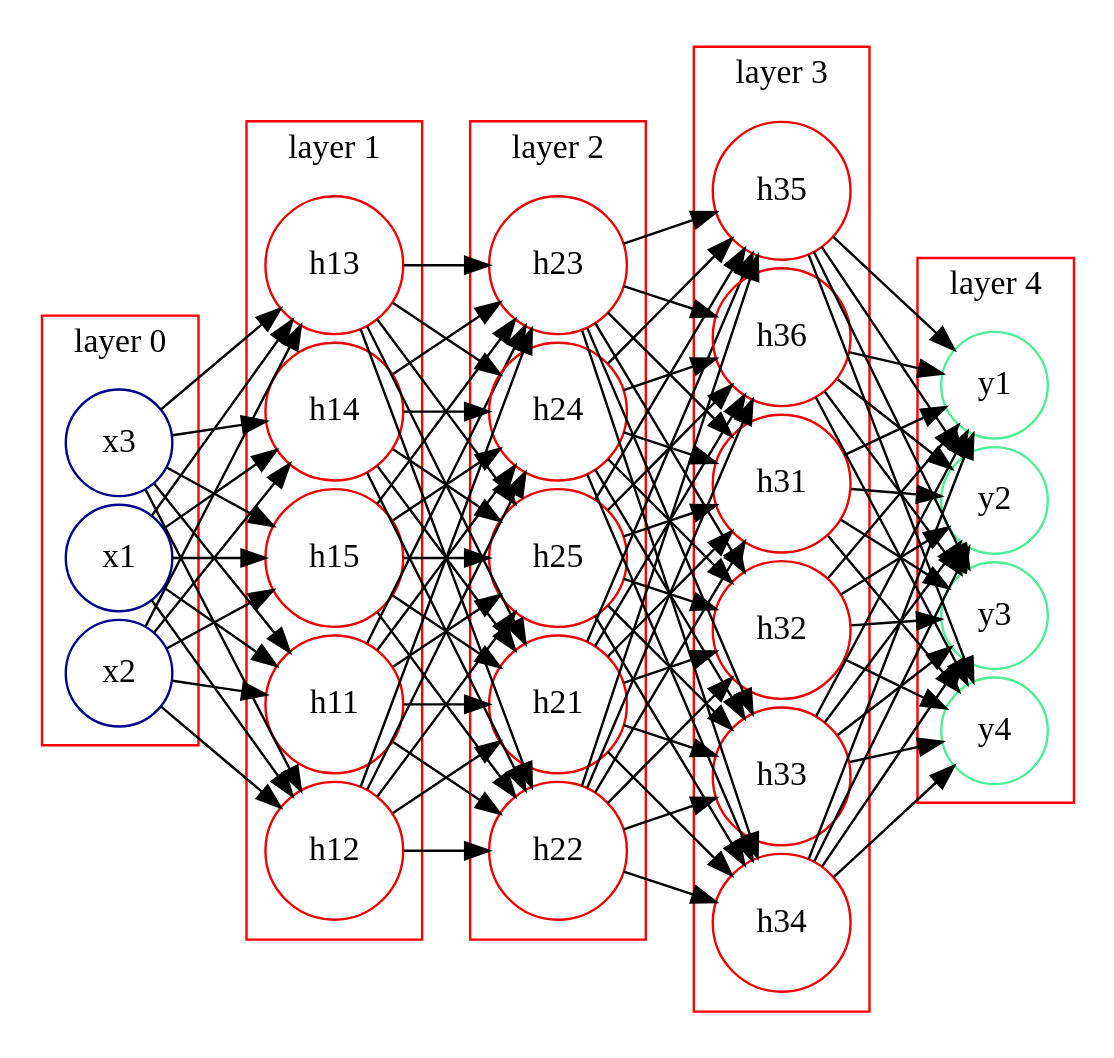
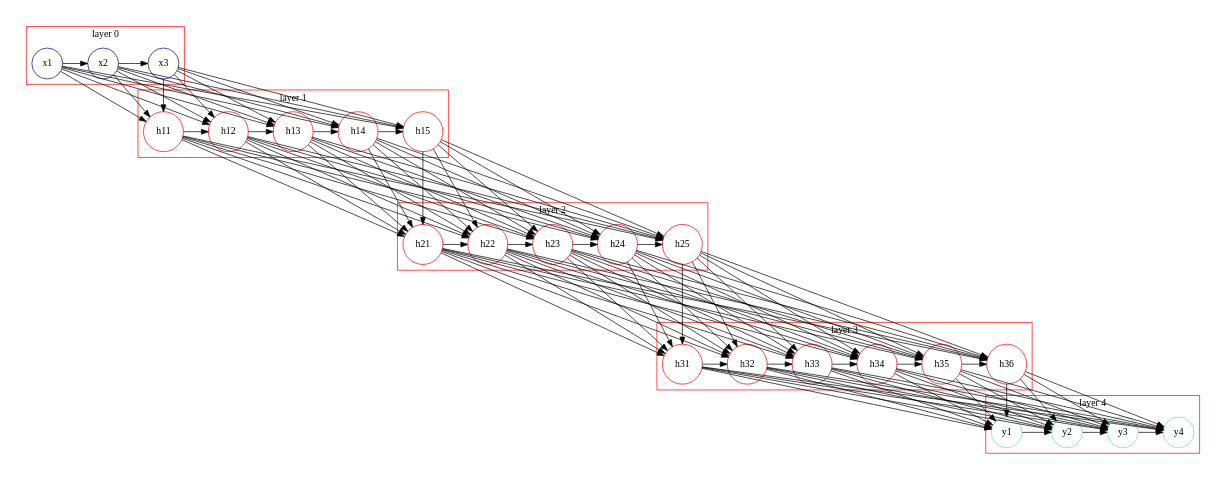
Before and after one commit to knudvaneeden/graphviz: the diagram in ddd.dot, drawn with Graphviz.

Commit message:
Last commit: 19/02/2018 19:49:30

```diff
--- a/ddd.dot
+++ b/ddd.dot
@@ -1,161 +1,156 @@
 digraph G {
  size = "7,7";
  rankdir=LR
  splines=line
  nodesep=.05;
  //
  // node [label=""];
  //
  subgraph cluster_0 {
         color=red;
         node [color=blue4, shape=circle];
-        ordering=out;
-        x1 x2 x3;
+        x1 -> x2 -> x3;
         label = "layer 0";
  }
 
  subgraph cluster_1 {
         color=red;
         node [color=red2, shape=circle];
-        ordering=out;
-        h11 h12 h13 h14 h15;
+        h11 -> h12 -> h13 -> h14 -> h15;
         label = "layer 1";
  }
 
  subgraph cluster_2 {
         color=red;
         node [color=red2, shape=circle];
-        ordering=out;
-        h21 h22 h23 h24 h25;
+        h21 -> h22 -> h23 -> h24 -> h25;
         label = "layer 2";
  }
 
  subgraph cluster_3 {
         color=red;
         node [color=red2, shape=circle];
-        ordering=out;
-        h31 h32 h33 h34 h35 h36;
+        h31 -> h32 -> h33 -> h34 -> h35 -> h36;
         label = "layer 3";
  }
 
  subgraph cluster_4 {
         color=red;
         node [color=seagreen2, shape=circle];
-        ordering=out;
-        y1 y2 y3 y4;
+        y1 -> y2 -> y3 -> y4;
         label="layer 4";
  }
  //
 x1 -> h11;
 x1 -> h12;
 x1 -> h13;
 x1 -> h14;
 x1 -> h15;
 //
 x2 -> h11;
 x2 -> h12;
 x2 -> h13;
 x2 -> h14;
 x2 -> h15;
 //
 x3 -> h11;
 x3 -> h12;
 x3 -> h13;
 x3 -> h14;
 x3 -> h15;
 //
 h11 -> h21;
 h11 -> h22;
 h11 -> h23;
 h11 -> h24;
 h11 -> h25;
 //
 h12 -> h21;
 h12 -> h22;
 h12 -> h23;
 h12 -> h24;
 h12 -> h25;
 //
 h13 -> h21;
 h13 -> h22;
 h13 -> h23;
 h13 -> h24;
 h13 -> h25;
 //
 h14 -> h21;
 h14 -> h22;
 h14 -> h23;
 h14 -> h24;
 h14 -> h25;
 //
 h15 -> h21;
 h15 -> h22;
 h15 -> h23;
 h15 -> h24;
 h15 -> h25;
 //
 h21 -> h31;
 h21 -> h32;
 h21 -> h33;
 h21 -> h34;
 h21 -> h35;
 h21 -> h36;
 //
 h22 -> h31;
 h22 -> h32;
 h22 -> h33;
 h22 -> h34;
 h22 -> h35;
 h22 -> h36;
 //
 h23 -> h31;
 h23 -> h32;
 h23 -> h33;
 h23 -> h34;
 h23 -> h35;
 h23 -> h36;
 //
 h24 -> h31;
 h24 -> h32;
 h24 -> h33;
 h24 -> h34;
 h24 -> h35;
 h24 -> h36;
 //
 h25 -> h31;
 h25 -> h32;
 h25 -> h33;
 h25 -> h34;
 h25 -> h35;
 h25 -> h36;
 //
 h31 -> y1;
 h31 -> y2;
 h31 -> y3;
 h31 -> y4;
 //
 h32 -> y1;
 h32 -> y2;
 h32 -> y3;
 h32 -> y4;
 //
 h33 -> y1;
 h33 -> y2;
 h33 -> y3;
 h33 -> y4;
 //
 h34 -> y1;
 h34 -> y2;
 h34 -> y3;
 h34 -> y4;
 //
 h35 -> y1;
 h35 -> y2;
 h35 -> y3;
 h35 -> y4;
 //
 h36 -> y1;
 h36 -> y2;
 h36 -> y3;
 h36 -> y4;
 }
```
